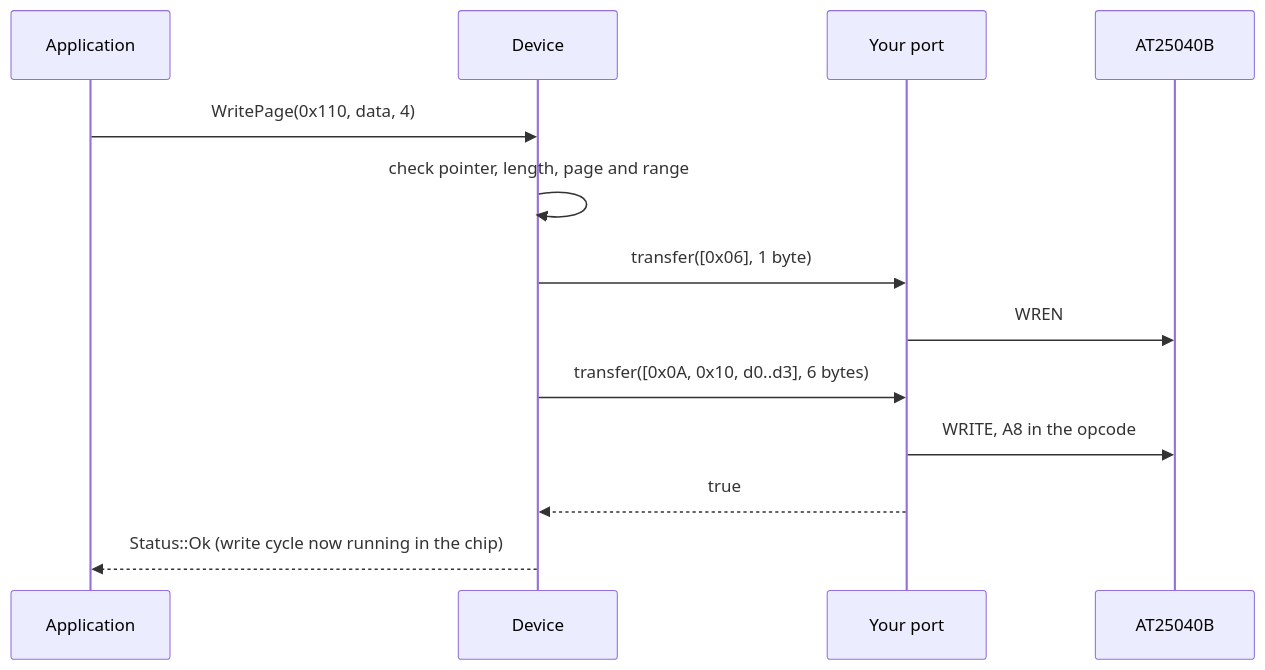
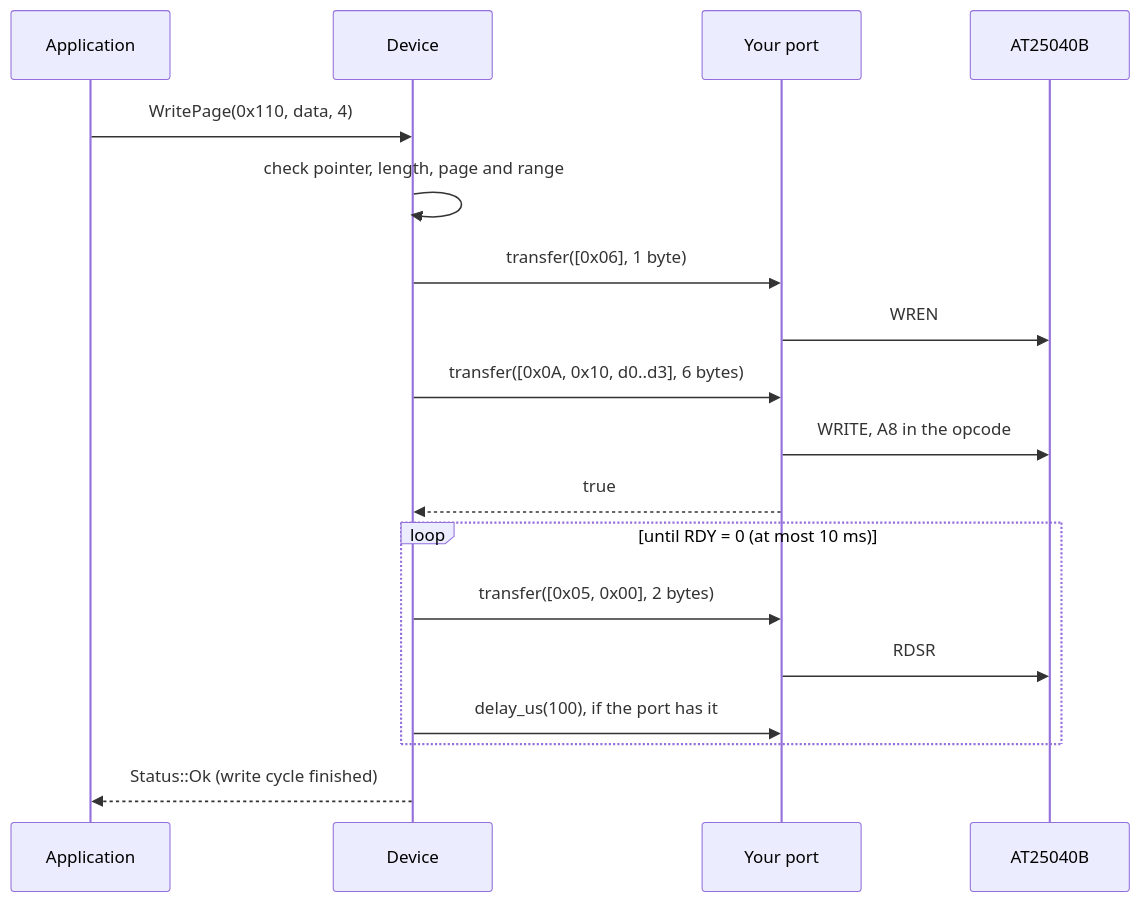
The diagram in docs/architecture.md (hardfoc/hf-at25040-driver), drawn with Mermaid before and after one commit. The commit also changed other lines of this file and 35 other files, not shown here.

First line of the commit message:
Datasheet conformance: full-length reads, write-cycle wait, Busy, WRDI/WRSR, ESP32 port, install (#6)

````diff
--- a/docs/architecture.md
+++ b/docs/architecture.md
@@ -28,15 +28,20 @@
 ```mermaid
 sequenceDiagram
     participant A as Application
     participant D as Device
     participant P as Your port
     participant E as AT25040B
     A->>D: WritePage(0x110, data, 4)
     D->>D: check pointer, length, page and range
     D->>P: transfer([0x06], 1 byte)
     P->>E: WREN
     D->>P: transfer([0x0A, 0x10, d0..d3], 6 bytes)
     P->>E: WRITE, A8 in the opcode
     P-->>D: true
-    D-->>A: Status::Ok (write cycle now running in the chip)
+    loop until RDY = 0 (at most 10 ms)
+        D->>P: transfer([0x05, 0x00], 2 bytes)
+        P->>E: RDSR
+        D->>P: delay_us(100), if the port has it
+    end
+    D-->>A: Status::Ok (write cycle finished)
 ```
````
